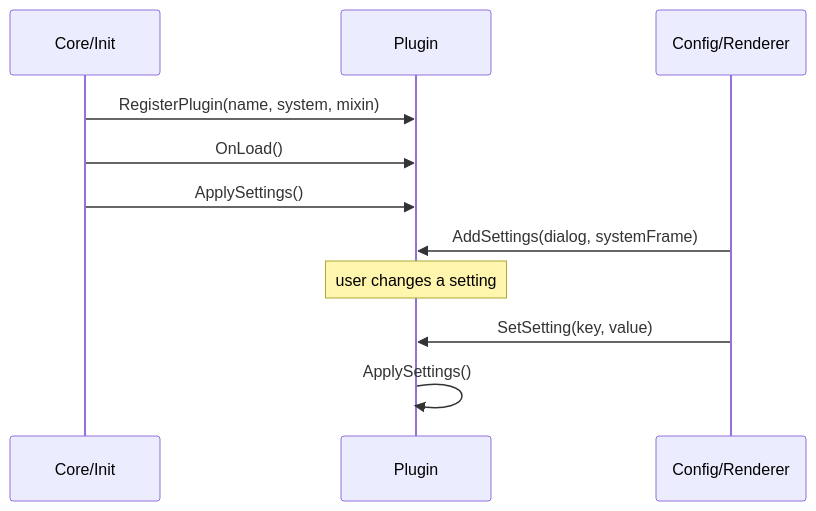
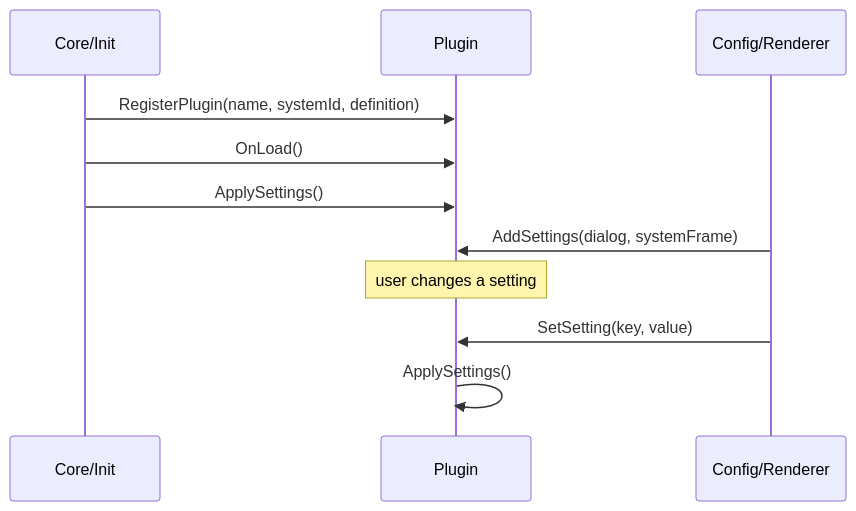
One commit to MoONSHO7/Orbit changed the diagram in Orbit/Plugins/README.md. Above: the diagram before and after it, drawn with Mermaid. The commit also changed other lines of this file and 266 other files, not shown here.

````diff
--- a/Orbit/Plugins/README.md
+++ b/Orbit/Plugins/README.md
@@ -31,14 +31,14 @@
 ```mermaid
 sequenceDiagram
     participant Core as Core/Init
     participant Plugin as Plugin
     participant Settings as Config/Renderer
 
-    Core->>Plugin: RegisterPlugin(name, system, mixin)
+    Core->>Plugin: RegisterPlugin(name, systemId, definition)
     Core->>Plugin: OnLoad()
     Core->>Plugin: ApplySettings()
     Settings->>Plugin: AddSettings(dialog, systemFrame)
     Note over Plugin: user changes a setting
     Settings->>Plugin: SetSetting(key, value)
     Plugin->>Plugin: ApplySettings()
 ```
````
